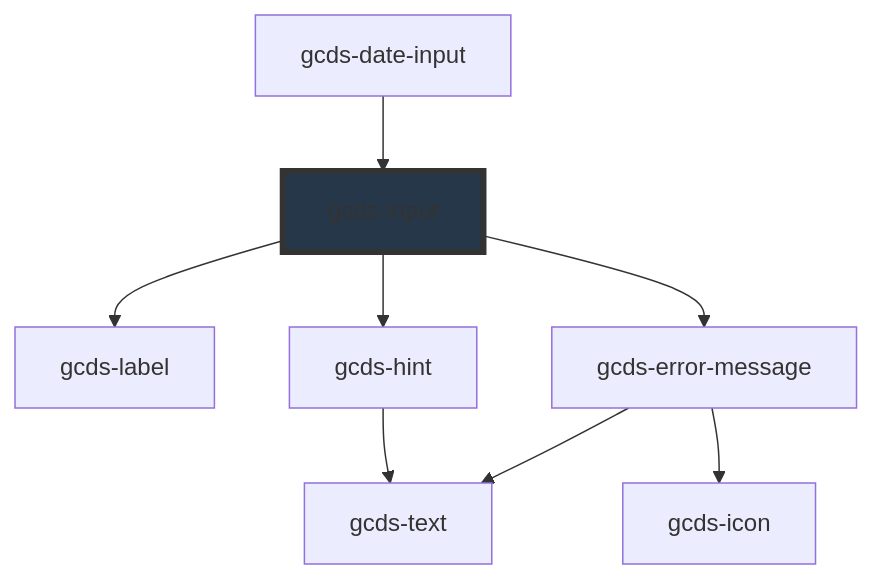
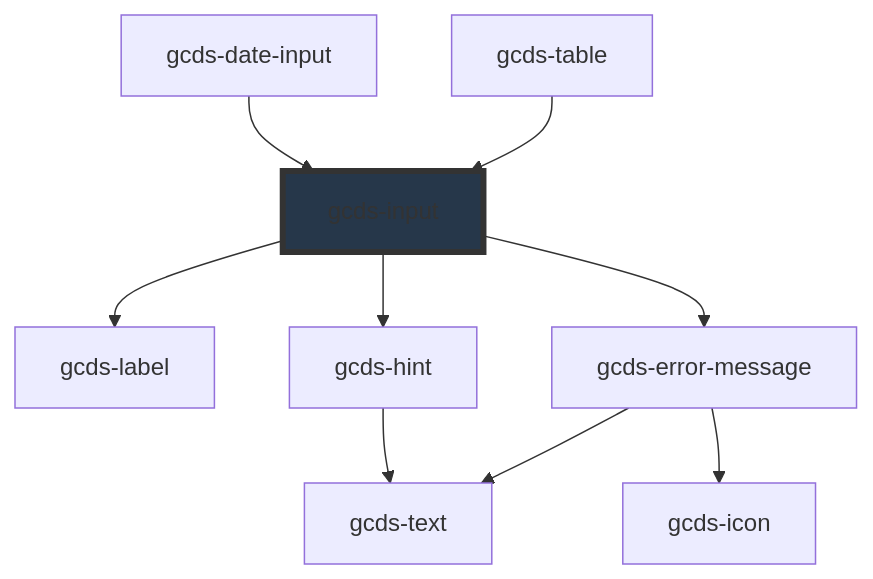
One commit to cds-snc/gcds-components changed the diagram in packages/web/src/components/gcds-input/readme.md. Above: the diagram before and after it, drawn with Mermaid. The commit also changed other lines of this file and 16 other files, not shown here.

````diff
--- a/packages/web/src/components/gcds-input/readme.md
+++ b/packages/web/src/components/gcds-input/readme.md
@@ -103,11 +104,12 @@
 ```mermaid
 graph TD;
   gcds-input --> gcds-label
   gcds-input --> gcds-hint
   gcds-input --> gcds-error-message
   gcds-hint --> gcds-text
   gcds-error-message --> gcds-text
   gcds-error-message --> gcds-icon
   gcds-date-input --> gcds-input
+  gcds-table --> gcds-input
   style gcds-input fill:#26374a,stroke:#333,stroke-width:4px
 ```
````
